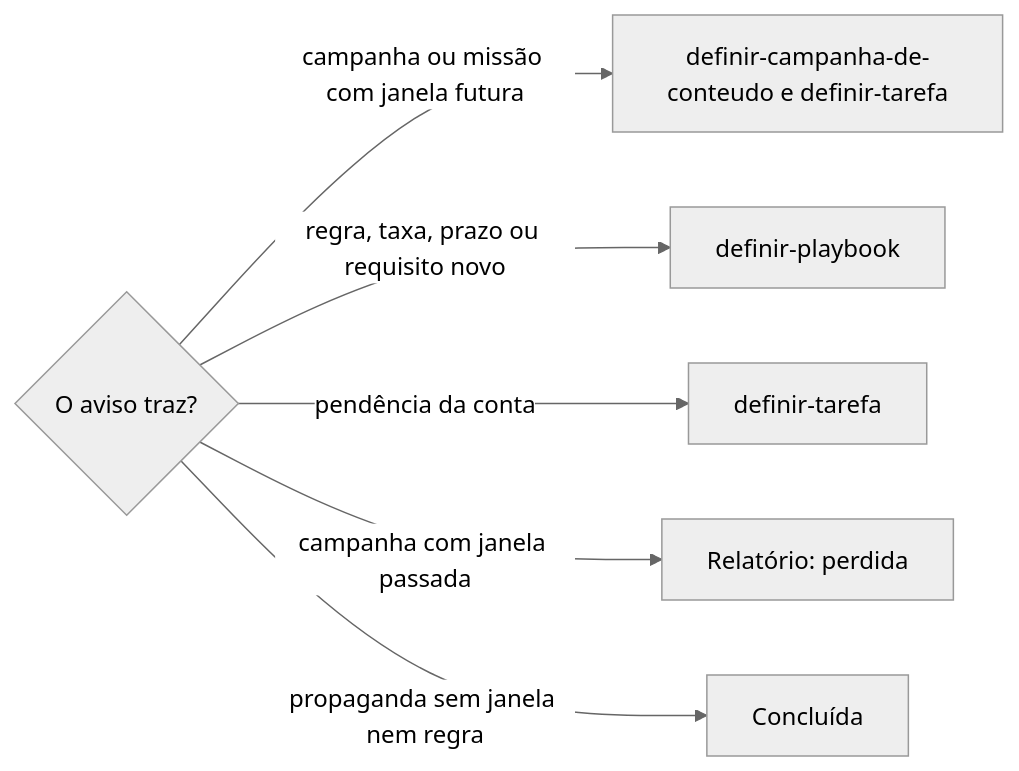
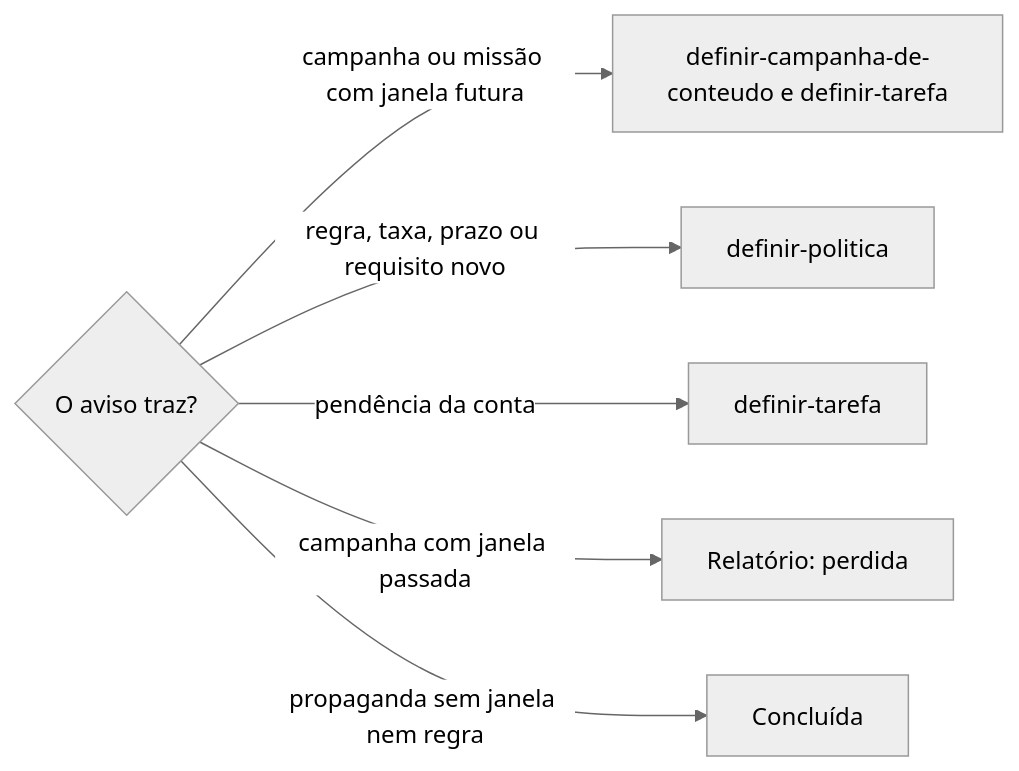
One commit to jimmyandrade/harness changed the diagram in .agents/skills/delegar-aviso-de-plataforma/SKILL.md. Above: the diagram before and after it, drawn with Mermaid (neutral theme). The commit also changed other lines of this file and 6 other files, not shown here.

First line of the commit message:
feat(definir-politica): rename definir-playbook and link policies to how-to articles

````diff
--- a/.agents/skills/delegar-aviso-de-plataforma/SKILL.md
+++ b/.agents/skills/delegar-aviso-de-plataforma/SKILL.md
@@ -41,8 +41,8 @@
 ```mermaid
 flowchart LR
   A{O aviso traz?} -->|campanha ou missão com janela futura| C[definir-campanha-de-conteudo e definir-tarefa]
-  A -->|regra, taxa, prazo ou requisito novo| P[definir-playbook]
+  A -->|regra, taxa, prazo ou requisito novo| P[definir-politica]
   A -->|pendência da conta| T[definir-tarefa]
   A -->|campanha com janela passada| R[Relatório: perdida]
   A -->|propaganda sem janela nem regra| X[Concluída]
 ```
````
